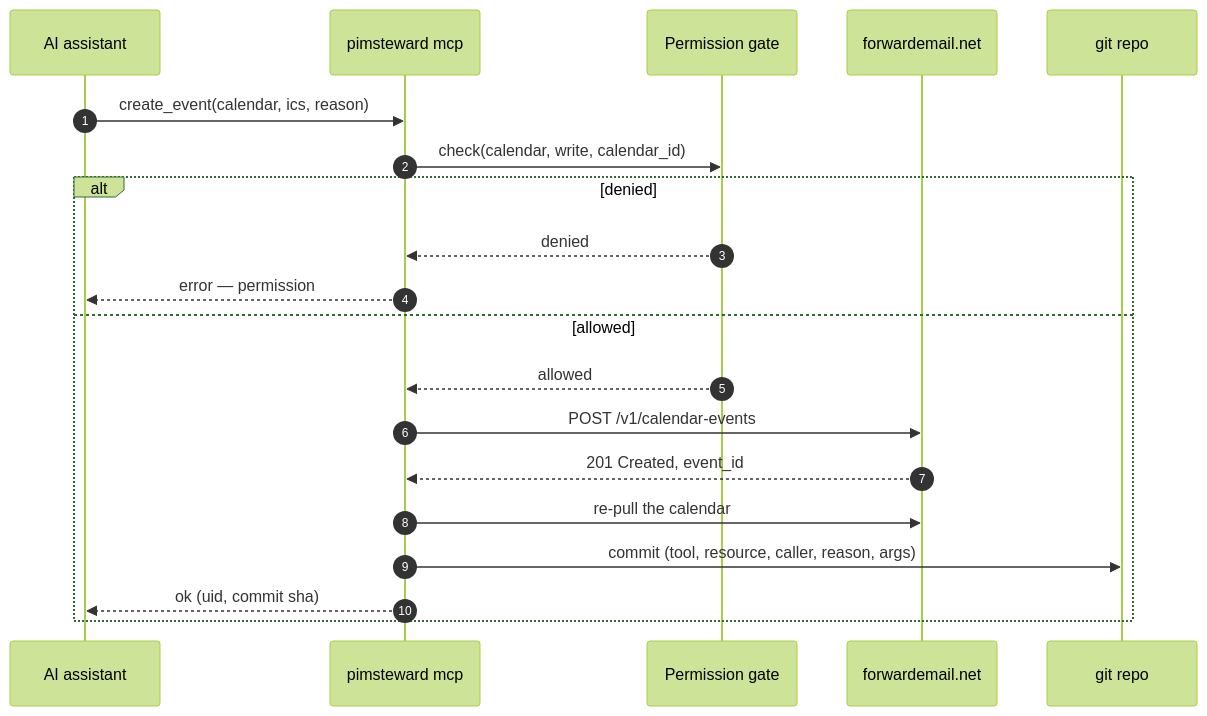
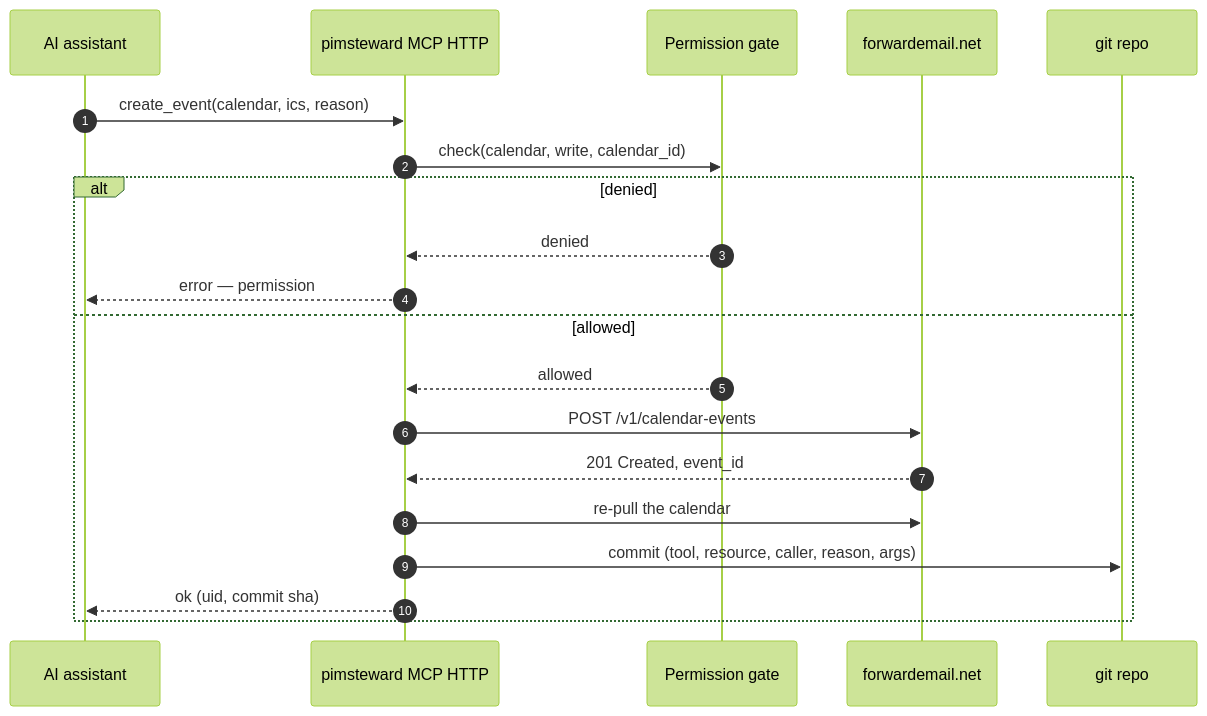
Before and after one commit to dcardamo/pimsteward: the second of 3 diagrams in README.md, drawn with Mermaid (forest theme). The commit also changed other lines of this file and 8 other files, not shown here.

First line of the commit message:
refactor: merge MCP HTTP into daemon, kill stdio transport

````diff
--- a/README.md
+++ b/README.md
@@ -257,23 +266,23 @@
 ```mermaid
 sequenceDiagram
     autonumber
     participant AI as AI assistant
-    participant MCP as pimsteward mcp
+    participant MCP as pimsteward MCP HTTP
     participant P as Permission gate
     participant FE as forwardemail.net
     participant G as git repo
 
     AI->>MCP: create_event(calendar, ics, reason)
     MCP->>P: check(calendar, write, calendar_id)
     alt denied
         P-->>MCP: denied
         MCP-->>AI: error — permission
     else allowed
         P-->>MCP: allowed
         MCP->>FE: POST /v1/calendar-events
         FE-->>MCP: 201 Created, event_id
         MCP->>FE: re-pull the calendar
         MCP->>G: commit (tool, resource, caller, reason, args)
         MCP-->>AI: ok (uid, commit sha)
     end
 ```
````
